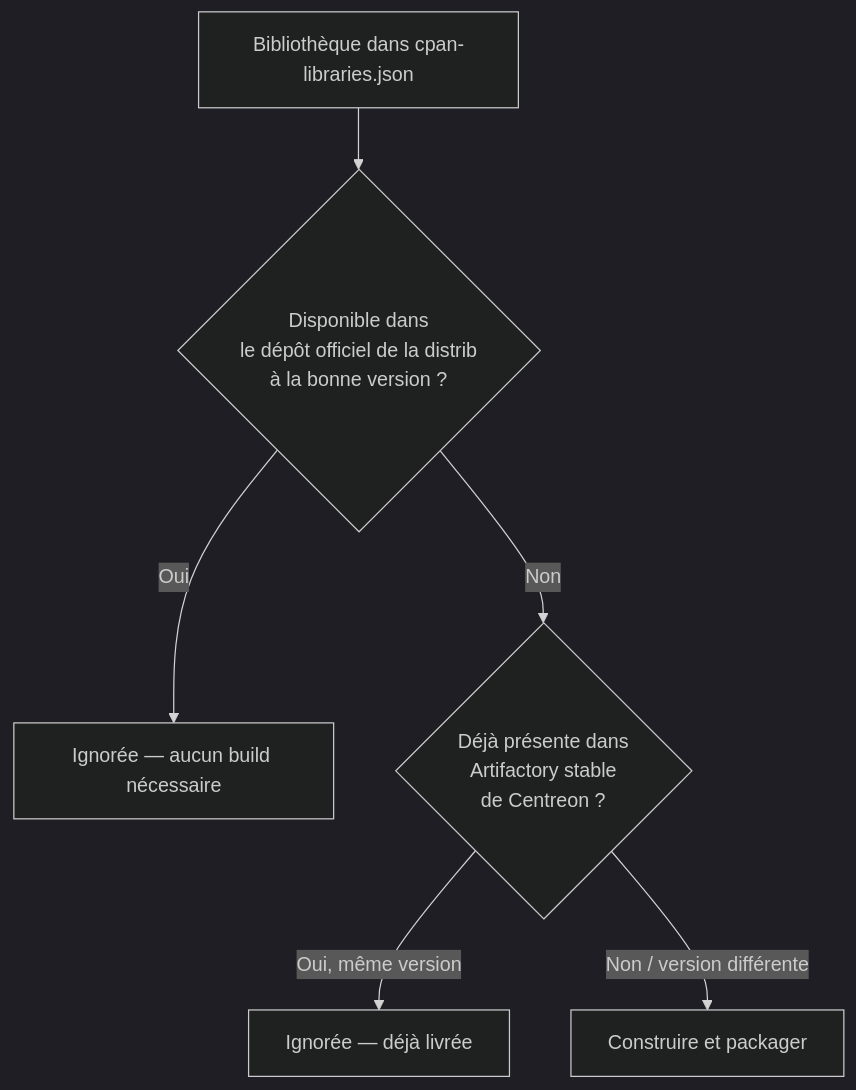
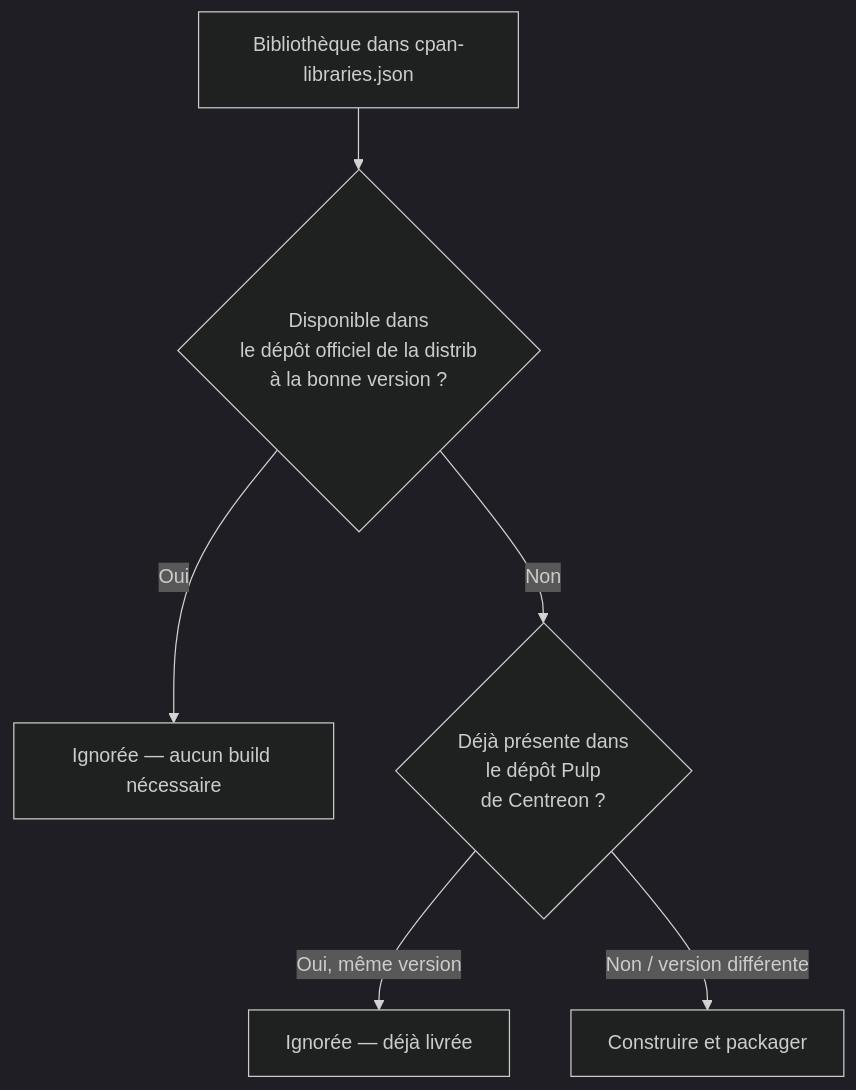
One commit to centreon/centreon-plugins changed the second of 2 diagrams in doc/fr/developer/perl-cpan-libraries-ci.md. Above: the diagram before and after it, drawn with Mermaid (dark theme). The commit also changed other lines of this file and 21 other files, not shown here.

````diff
--- a/doc/fr/developer/perl-cpan-libraries-ci.md
+++ b/doc/fr/developer/perl-cpan-libraries-ci.md
@@ -128,8 +128,8 @@
 ```mermaid
 flowchart TD
     LIB[Bibliothèque dans cpan-libraries.json] --> A{Disponible dans\nle dépôt officiel de la distrib\nà la bonne version ?}
     A -->|Oui| SKIP1[Ignorée — aucun build nécessaire]
-    A -->|Non| B{Déjà présente dans\nArtifactory stable\nde Centreon ?}
+    A -->|Non| B{Déjà présente dans\nle dépôt Pulp\nde Centreon ?}
     B -->|Oui, même version| SKIP2[Ignorée — déjà livrée]
     B -->|Non / version différente| BUILD[Construire et packager]
 ```
````
